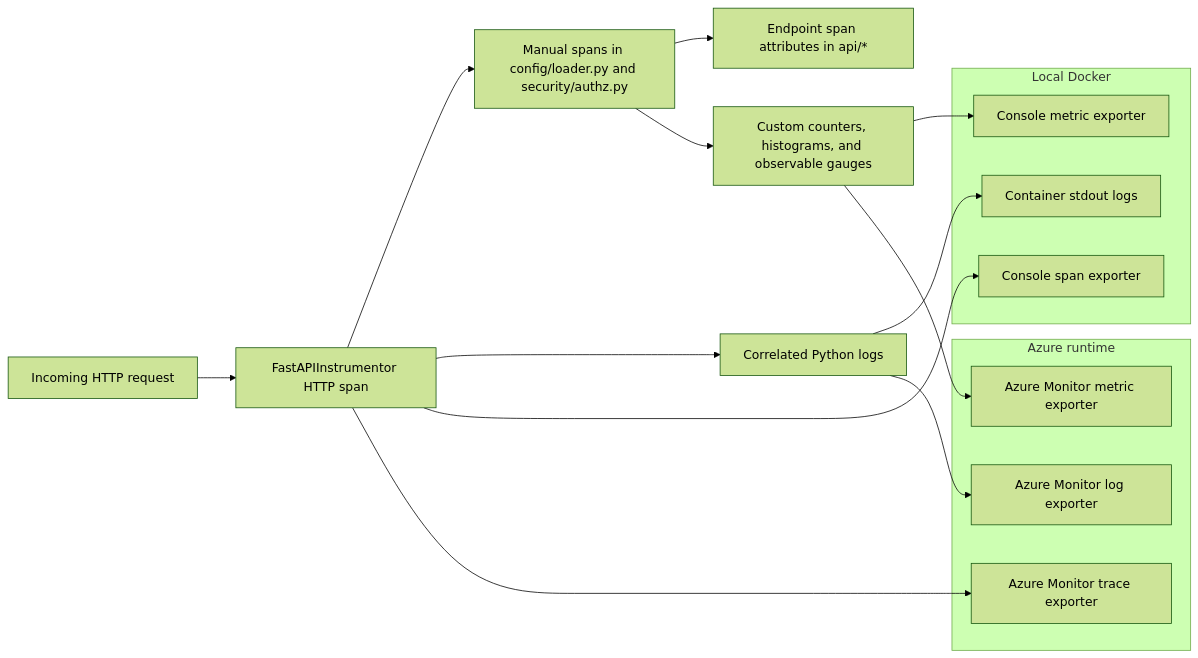
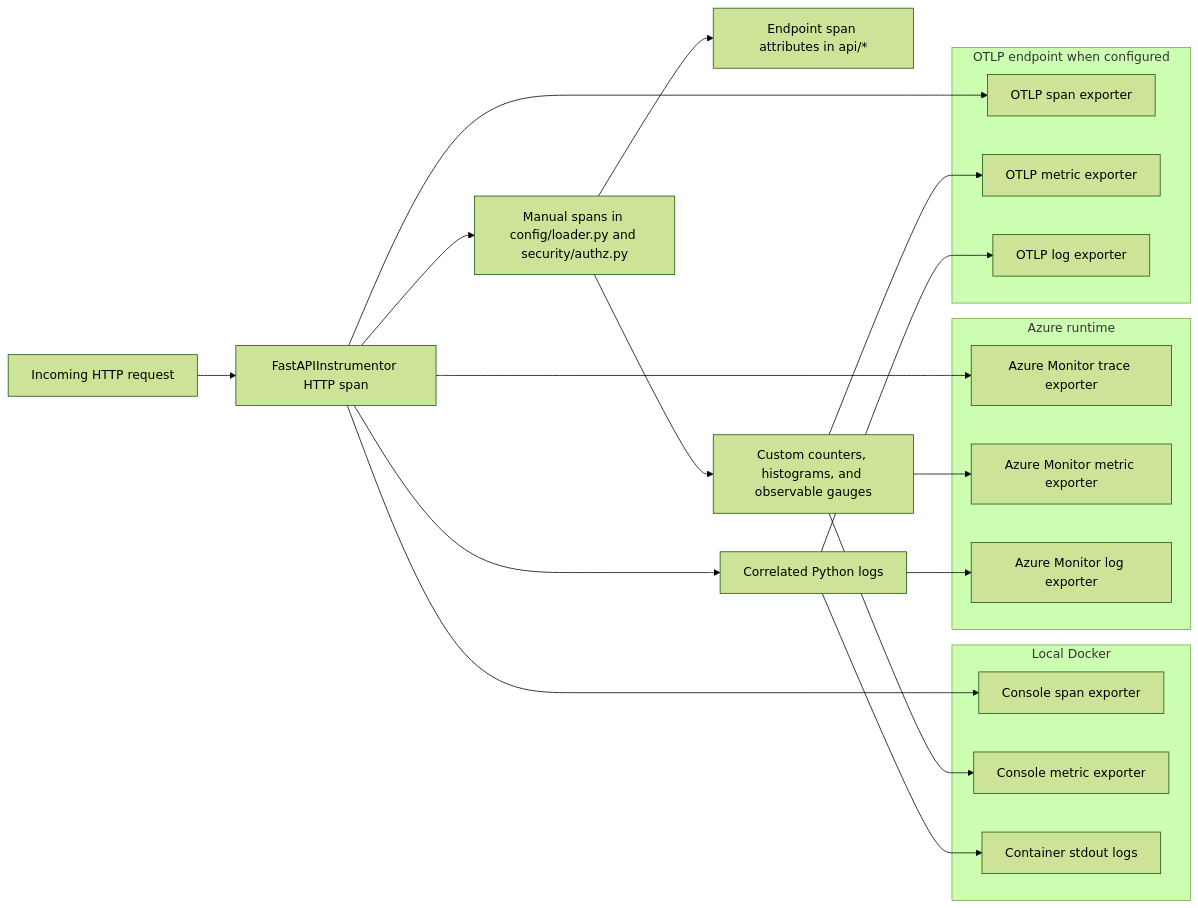
One commit to arolariu/arolariu.ro changed the sixth of 6 diagrams in sites/exp.arolariu.ro/README.md. Above: the diagram before and after it, drawn with Mermaid (forest theme). The commit also changed other lines of this file and 1 other file, not shown here.

````diff
--- a/sites/exp.arolariu.ro/README.md
+++ b/sites/exp.arolariu.ro/README.md
@@ -726,28 +767,38 @@
 ```mermaid
 flowchart LR
     Request[Incoming HTTP request] --> HttpSpan[FastAPIInstrumentor HTTP span]
     HttpSpan --> Manual[Manual spans in config/loader.py and security/authz.py]
     Manual --> EndpointAttrs[Endpoint span attributes in api/*]
     Manual --> Meter[Custom counters, histograms, and observable gauges]
     HttpSpan --> Logs[Correlated Python logs]
 
     subgraph Local[Local Docker]
         ConsoleTraces[Console span exporter]
         ConsoleMetrics[Console metric exporter]
         ConsoleLogs[Container stdout logs]
     end
 
     subgraph Azure[Azure runtime]
         AzureTraces[Azure Monitor trace exporter]
         AzureMetrics[Azure Monitor metric exporter]
         AzureLogs[Azure Monitor log exporter]
     end
 
+    subgraph Otlp[OTLP endpoint when configured]
+        OtlpTraces[OTLP span exporter]
+        OtlpMetrics[OTLP metric exporter]
+        OtlpLogs[OTLP log exporter]
+    end
+
     HttpSpan --> ConsoleTraces
     Meter --> ConsoleMetrics
     Logs --> ConsoleLogs
 
     HttpSpan --> AzureTraces
     Meter --> AzureMetrics
     Logs --> AzureLogs
+
+    HttpSpan --> OtlpTraces
+    Meter --> OtlpMetrics
+    Logs --> OtlpLogs
 ```
````
